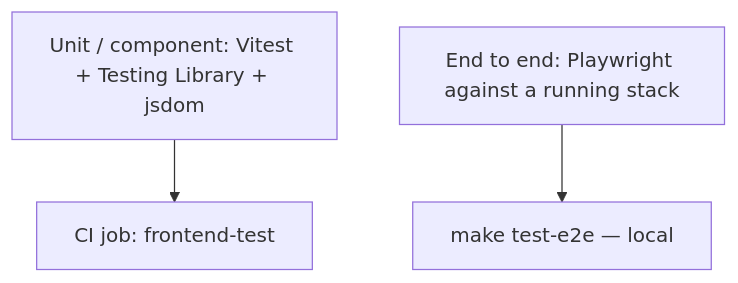
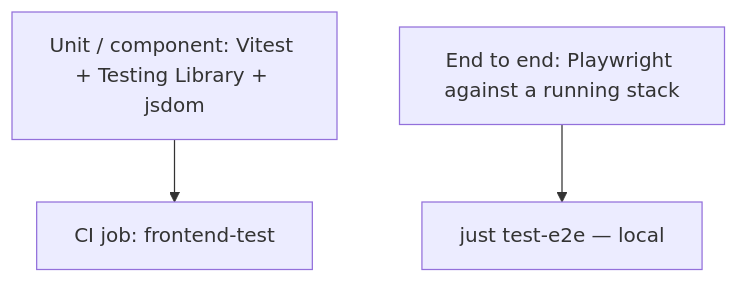
Before and after one commit to nonamecat19/job-finder: the first of 3 diagrams in docs/docs/frontend/testing.md, drawn with Mermaid. The commit also changed other lines of this file and 26 other files, not shown here.

````diff
--- a/docs/docs/frontend/testing.md
+++ b/docs/docs/frontend/testing.md
@@ -11,5 +11,5 @@
 ```mermaid
 flowchart TD
     U["Unit / component: Vitest + Testing Library + jsdom"] --> CI["CI job: frontend-test"]
-    E["End to end: Playwright against a running stack"] --> LOC["make test-e2e — local"]
+    E["End to end: Playwright against a running stack"] --> LOC["just test-e2e — local"]
 ```
````
